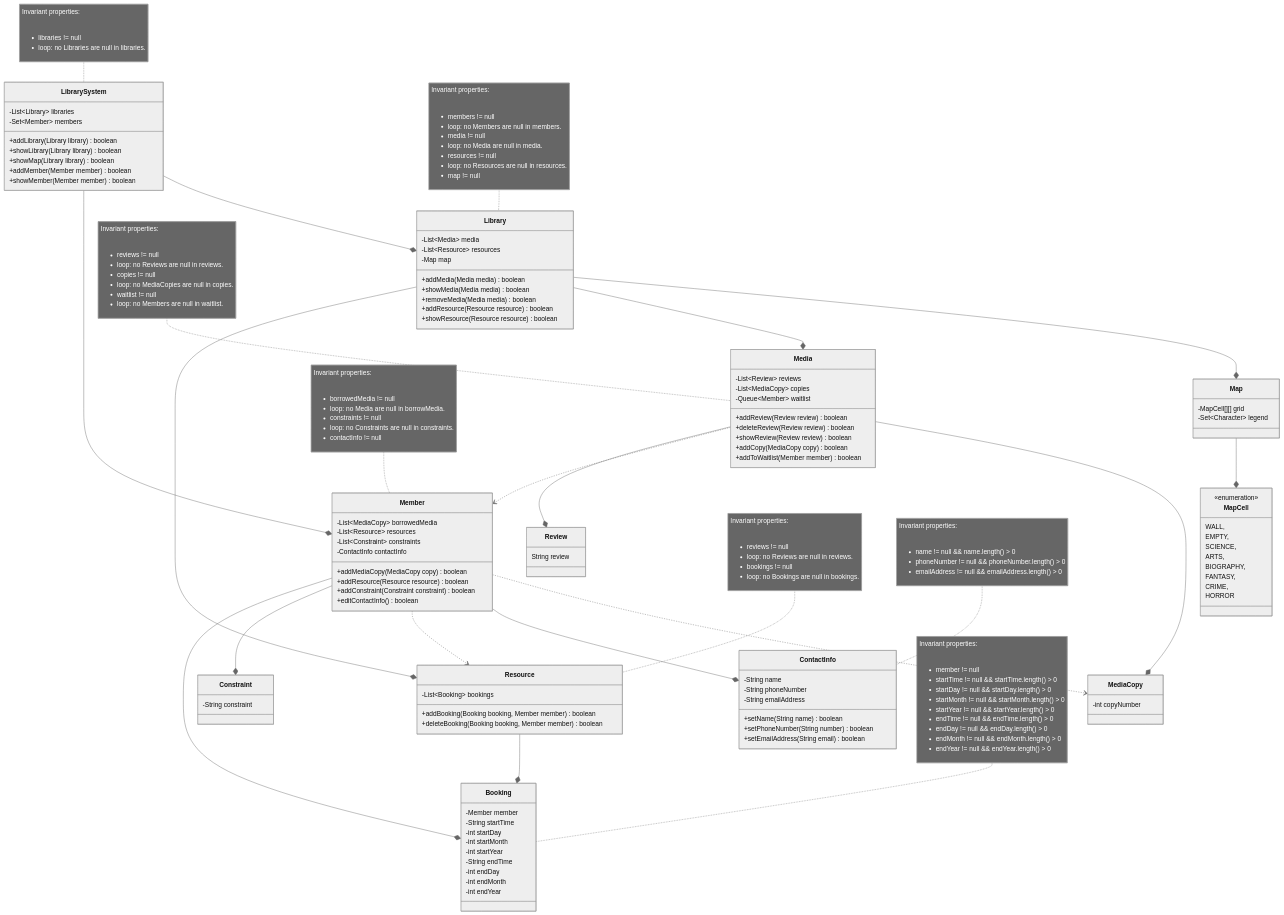
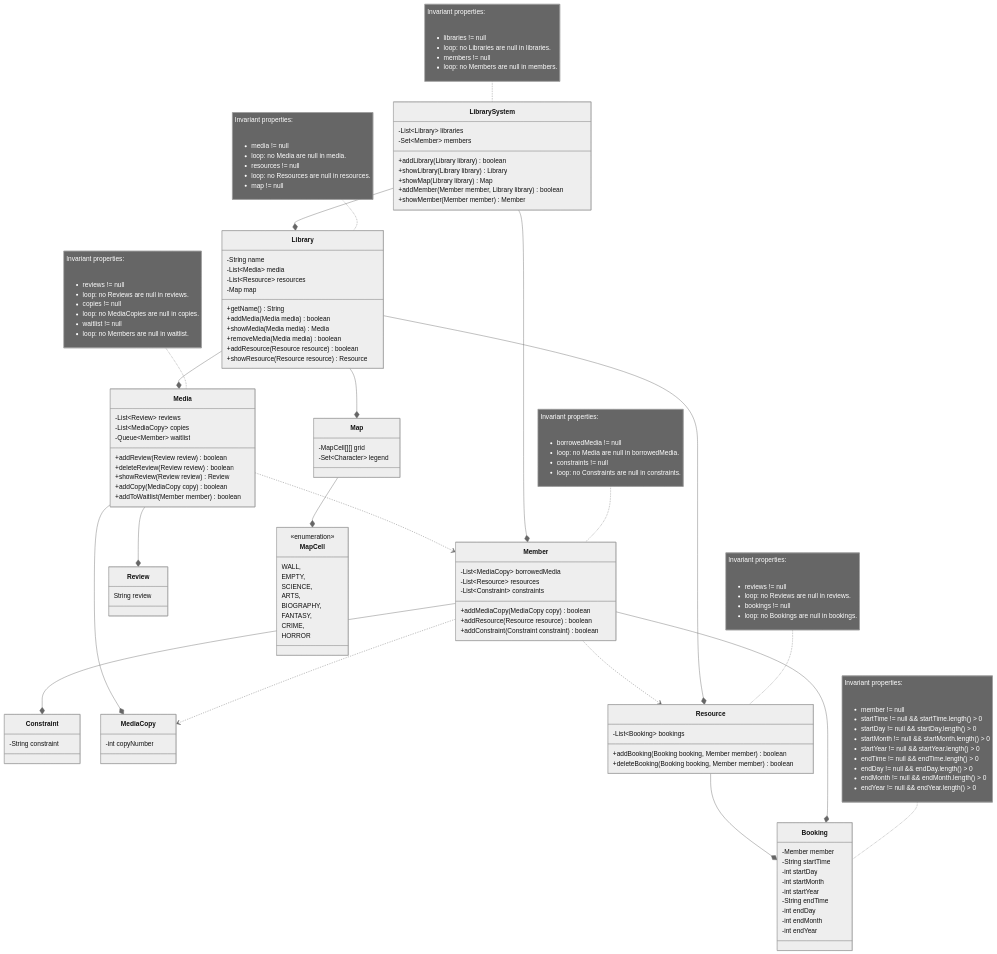
Before and after one commit to tsuki0272/Library_Manager_Project: the diagram in README.md, drawn with Mermaid (neutral theme). The commit also changed 14 other files, not shown here.

```diff
--- a/README.md
+++ b/README.md
@@ -23,47 +23,38 @@
         -Set~Member~ members
         
         +addLibrary(Library library) boolean
-        +showLibrary(Library library) boolean
+        +showLibrary(Library library) Library
         
-        +showMap(Library library) boolean
+        +showMap(Library library) Map
         
-        +addMember(Member member) boolean
-        +showMember(Member member) boolean
+        +addMember(Member member, Library library) boolean
+        +showMember(Member member) Member
     }
 
     class Library {
+        -String name
         -List~Media~ media
         -List~Resource~ resources
         -Map map
 
+        +getName() String
+
         +addMedia(Media media) boolean
-        +showMedia(Media media) boolean
+        +showMedia(Media media) Media
         +removeMedia(Media media) boolean
         
         +addResource(Resource resource) boolean
-        +showResource(Resource resource) boolean
+        +showResource(Resource resource) Resource
     }
 
     class Member {
         -List~MediaCopy~ borrowedMedia
         -List~Resource~ resources
         -List~Constraint~ constraints
-        -ContactInfo contactInfo
         
         +addMediaCopy(MediaCopy copy) boolean
         +addResource(Resource resource) boolean
         +addConstraint(Constraint constraint) boolean
-        +editContactInfo() boolean
-    }
-    
-    class ContactInfo {
-        -String name
-        -String phoneNumber
-        -String emailAddress
-        
-        +setName(String name) boolean
-        +setPhoneNumber(String number) boolean
-        +setEmailAddress(String email) boolean
     }
     
     class Constraint {
@@ -77,7 +68,7 @@
         
         +addReview(Review review) boolean
         +deleteReview(Review review) boolean
-        +showReview(Review review) boolean
+        +showReview(Review review) Review
         
         +addCopy(MediaCopy copy) boolean
         +addToWaitlist(Member member) boolean
@@ -134,13 +125,13 @@
     <ul>
         <li>libraries != null
         <li>loop: no Libraries are null in libraries.
+        
+        <li>members != null
+        <li>loop: no Members are null in members.
     </ul>"
 
     note for Library "Invariant properties:
     <ul>
-        <li>members != null
-        <li>loop: no Members are null in members.
-        
         <li>media != null
         <li>loop: no Media are null in media.
         
@@ -153,12 +144,10 @@
     note for Member "Invariant properties:
     <ul>
         <li>borrowedMedia != null
-        <li>loop: no Media are null in borrowMedia.
+        <li>loop: no Media are null in borrowedMedia.
         
         <li>constraints != null
         <li>loop: no Constraints are null in constraints.
-        
-        <li>contactInfo != null
     </ul>"
 
     note for Media "Invariant properties:
@@ -180,13 +169,6 @@
         
         <li>bookings != null
         <li>loop: no Bookings are null in bookings.
-    </ul>"
-    
-    note for ContactInfo "Invariant properties:
-    <ul>
-        <li>name != null && name.length() > 0
-        <li>phoneNumber != null && phoneNumber.length() > 0
-        <li>emailAddress != null && emailAddress.length() > 0
     </ul>"
 
     note for Booking "Invariant properties:
@@ -211,15 +193,14 @@
     Library --* Media
     Library --* Resource
     
-    Member ..> MediaCopy
-    Member --* ContactInfo
-    Member ..> Resource
     Member --* Constraint
     Member --* Booking
+    Member ..> MediaCopy
+    Member ..> Resource
     
     Media --* MediaCopy
+    Media --* Review
     Media ..> Member
-    Media --* Review
     
     Resource --* Booking
     
```
